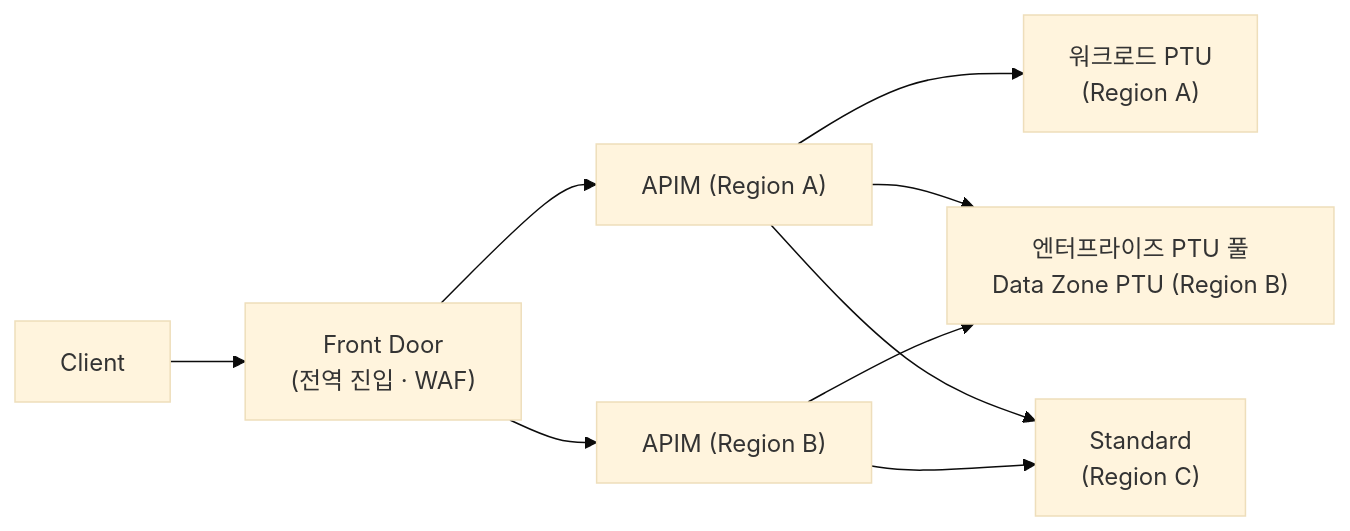
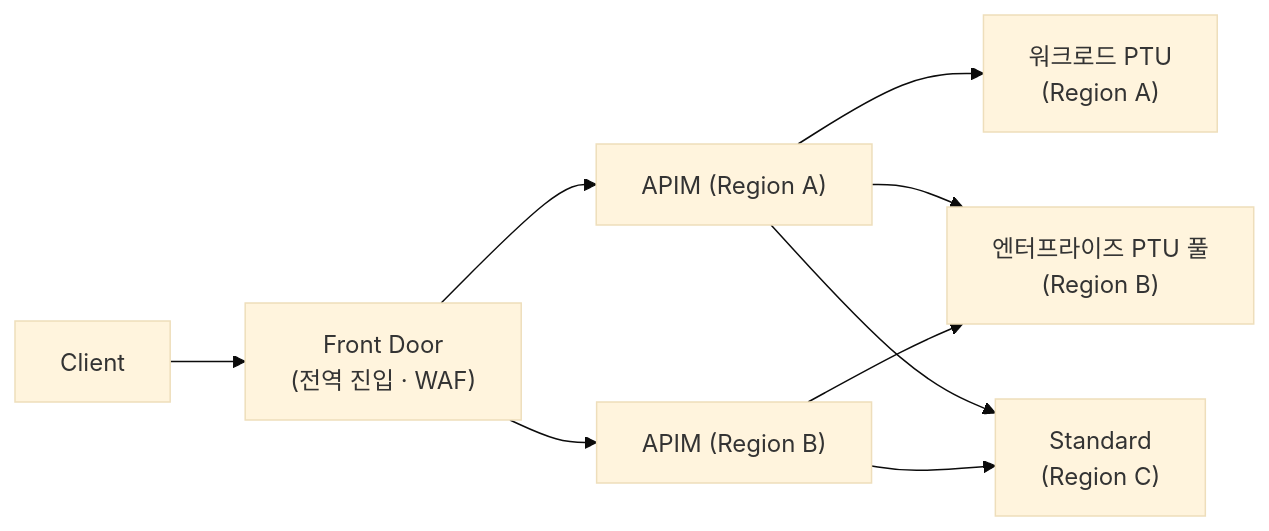
Before and after one commit to yunkyoungaum/aoai-onboarding-guide: the fourth of 4 diagrams in guides/03-aoai-high-availability/source.md, drawn with Mermaid (base theme). The commit also changed other lines of this file and 3 other files, not shown here.

````diff
--- a/guides/03-aoai-high-availability/source.md
+++ b/guides/03-aoai-high-availability/source.md
@@ -801,11 +833,11 @@
 ```mermaid
 flowchart LR
     U["Client"] --> FD["Front Door<br/>(전역 진입 · WAF)"]
     FD --> P1["APIM (Region A)"]
     FD --> P2["APIM (Region B)"]
     P1 --> W1["워크로드 PTU<br/>(Region A)"]
-    P1 --> E1["엔터프라이즈 PTU 풀<br/>Data Zone PTU (Region B)"]
+    P1 --> E1["엔터프라이즈 PTU 풀<br/>(Region B)"]
     P2 --> E1
     P1 --> S1["Standard<br/>(Region C)"]
     P2 --> S1
 ```
````
